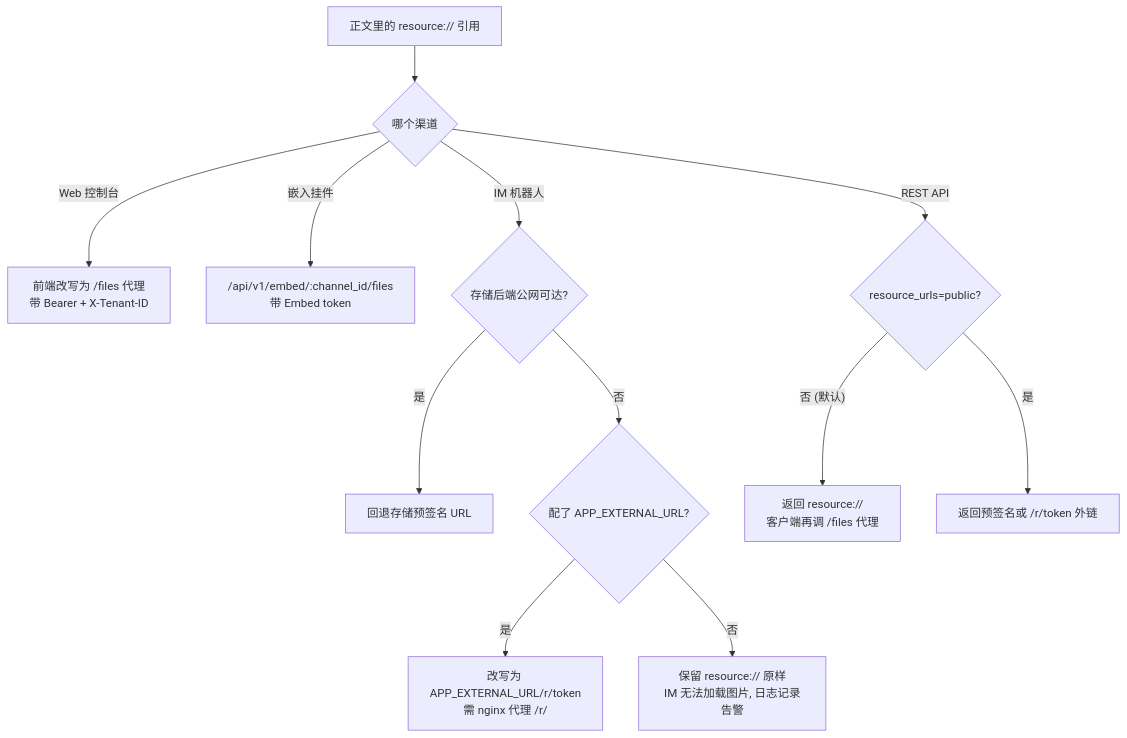
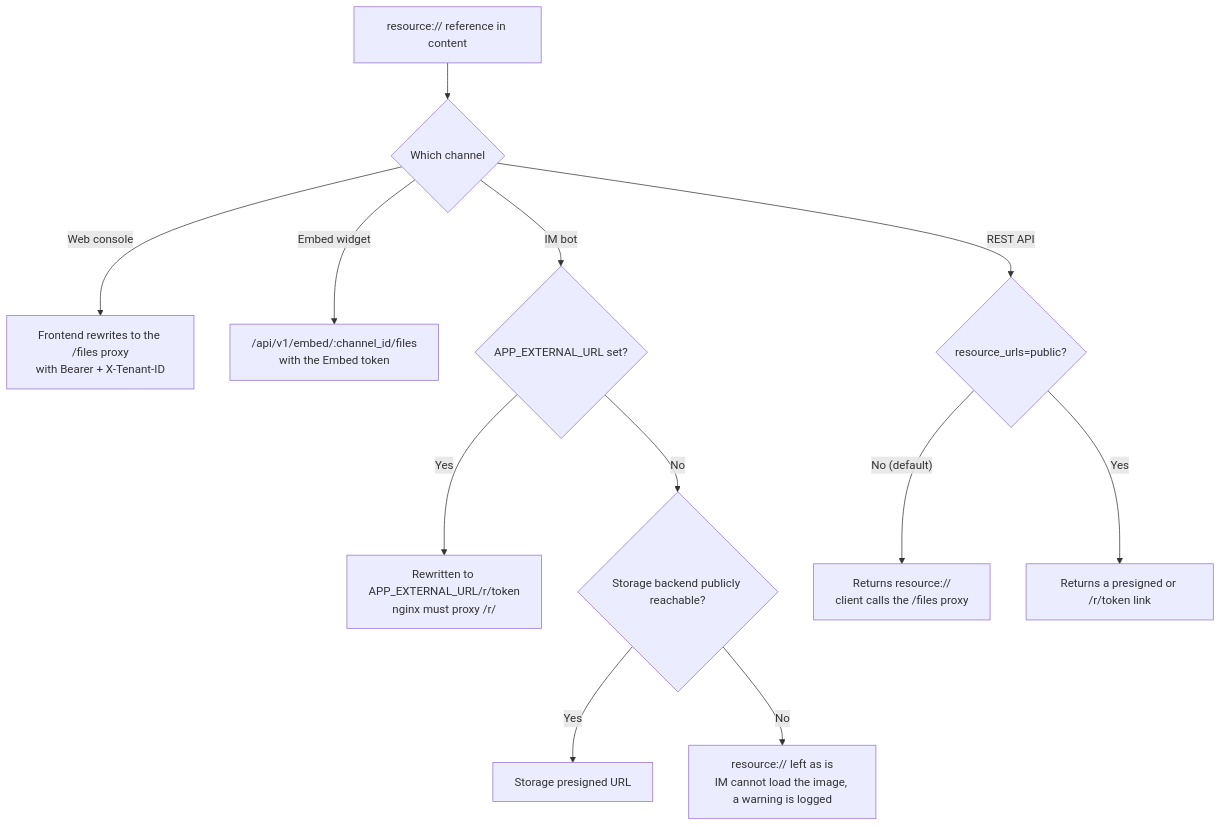
Before and after one commit to jrmatherly/ai-kb: the diagram in website-docs/03-features/21-file-access.md, drawn with Mermaid. The commit also changed other lines of this file and 6 other files, not shown here.

First line of the commit message:
docs(features): translate batch 4 (knowledge graph, evaluation, chat experience, file access, skills sandbox)

````diff
--- a/website-docs/03-features/21-file-access.md
+++ b/website-docs/03-features/21-file-access.md
@@ -26,14 +28,14 @@
 ```mermaid
 flowchart TD
-    R["正文里的 resource:// 引用"] --> Q{"哪个渠道"}
-    Q -->|"Web 控制台"| W["前端改写为 /files 代理<br/>带 Bearer + X-Tenant-ID"]
-    Q -->|"嵌入挂件"| E["/api/v1/embed/:channel_id/files<br/>带 Embed token"]
-    Q -->|"IM 机器人"| I{"存储后端公网可达?"}
-    I -->|"是"| IP["回退存储预签名 URL"]
-    I -->|"否"| IE{"配了 APP_EXTERNAL_URL?"}
-    IE -->|"是"| IR["改写为 APP_EXTERNAL_URL/r/token<br/>需 nginx 代理 /r/"]
-    IE -->|"否"| IF["保留 resource:// 原样<br/>IM 无法加载图片, 日志记录告警"]
+    R["resource:// reference in content"] --> Q{"Which channel"}
+    Q -->|"Web console"| W["Frontend rewrites to the /files proxy<br/>with Bearer + X-Tenant-ID"]
+    Q -->|"Embed widget"| E["/api/v1/embed/:channel_id/files<br/>with the Embed token"]
+    Q -->|"IM bot"| IE{"APP_EXTERNAL_URL set?"}
+    IE -->|"Yes"| IR["Rewritten to APP_EXTERNAL_URL/r/token<br/>nginx must proxy /r/"]
+    IE -->|"No"| I{"Storage backend publicly reachable?"}
+    I -->|"Yes"| IP["Storage presigned URL"]
+    I -->|"No"| IF["resource:// left as is<br/>IM cannot load the image, a warning is logged"]
     Q -->|"REST API"| A{"resource_urls=public?"}
-    A -->|"否 (默认)"| AH["返回 resource://<br/>客户端再调 /files 代理"]
-    A -->|"是"| AP["返回预签名或 /r/token 外链"]
+    A -->|"No (default)"| AH["Returns resource://<br/>client calls the /files proxy"]
+    A -->|"Yes"| AP["Returns a presigned or /r/token link"]
 ```
````
